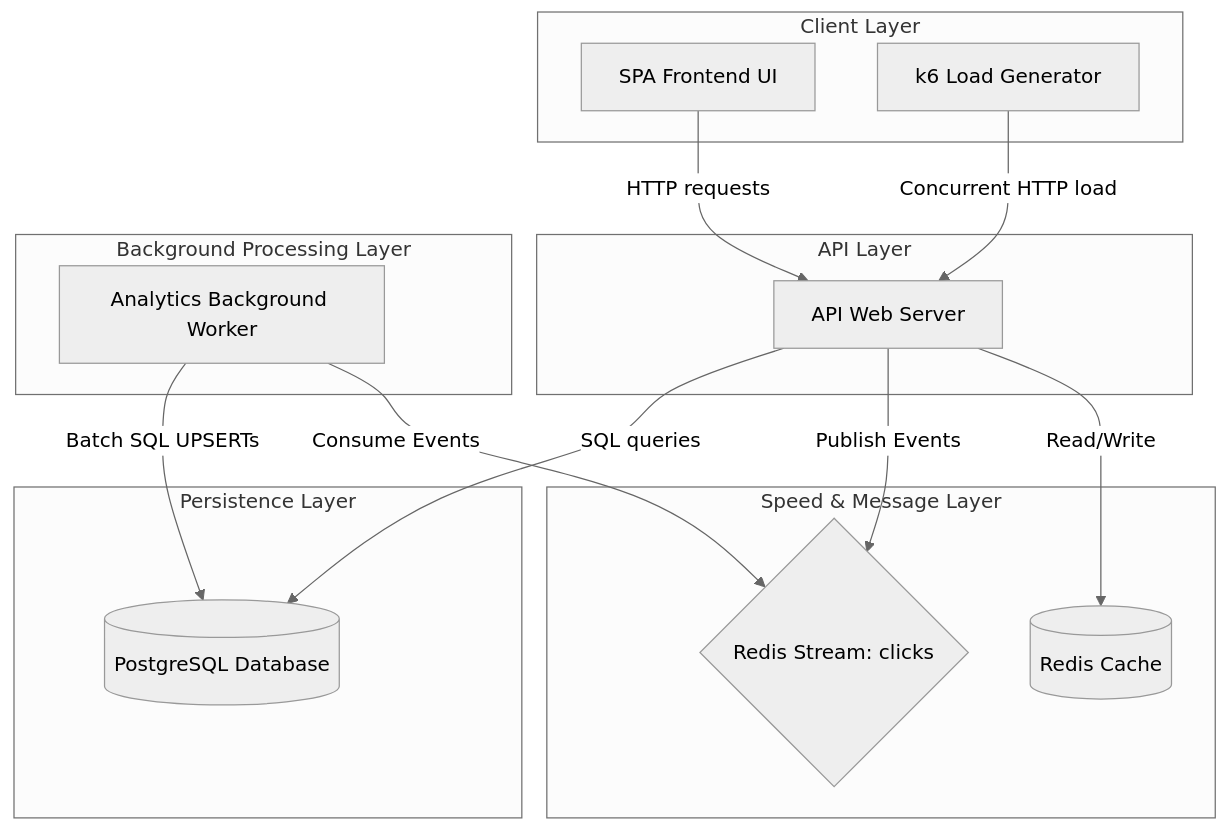
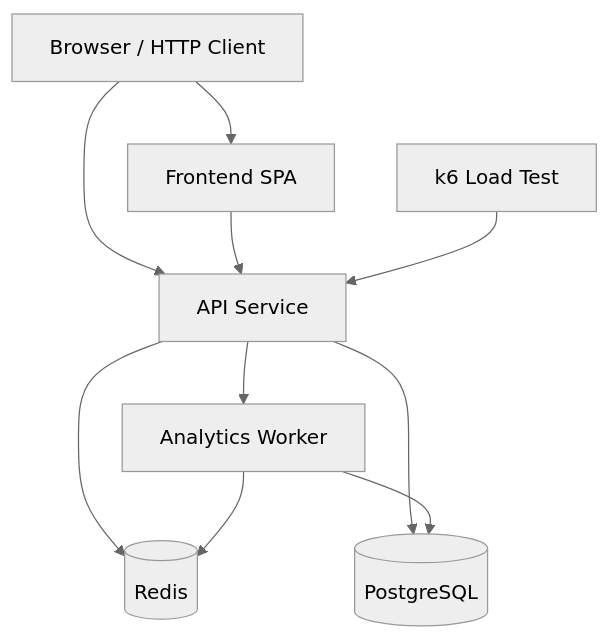
The first of 4 diagrams in architecture.md (ramalokeshreddyp/distributed-url-shortener), drawn with Mermaid (neutral theme) before and after one commit. The commit also changed other lines of this file and 7 other files, not shown here.

````diff
--- a/architecture.md
+++ b/architecture.md
@@ -11,34 +11,20 @@
 ```mermaid
-graph TD
-    subgraph Client Layer
-        Browser[SPA Frontend UI]
-        LoadTester[k6 Load Generator]
-    end
+flowchart TB
+    Client[Browser / HTTP Client]
+    UI[Frontend SPA]
+    API[API Service]
+    Redis[(Redis)]
+    DB[(PostgreSQL)]
+    Worker[Analytics Worker]
+    Bench[k6 Load Test]
 
-    subgraph API Layer
-        API[API Web Server]
-    end
-
-    subgraph Speed & Message Layer
-        RedisCache[(Redis Cache)]
-        RedisStream{Redis Stream: clicks}
-    end
-
-    subgraph Persistence Layer
-        DB[(PostgreSQL Database)]
-    end
-
-    subgraph Background Processing Layer
-        Worker[Analytics Background Worker]
-    end
-
-    Browser -->|HTTP requests| API
-    LoadTester -->|Concurrent HTTP load| API
-    
-    API -->|Read/Write| RedisCache
-    API -->|Publish Events| RedisStream
-    API -->|SQL queries| DB
-    
-    Worker -->|Consume Events| RedisStream
-    Worker -->|Batch SQL UPSERTs| DB
+    Client --> UI
+    Client --> API
+    UI --> API
+    Bench --> API
+    API --> Redis
+    API --> DB
+    API --> Worker
+    Worker --> Redis
+    Worker --> DB
 ```
````
